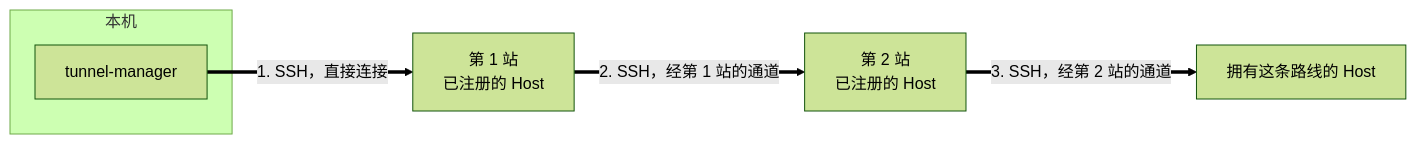
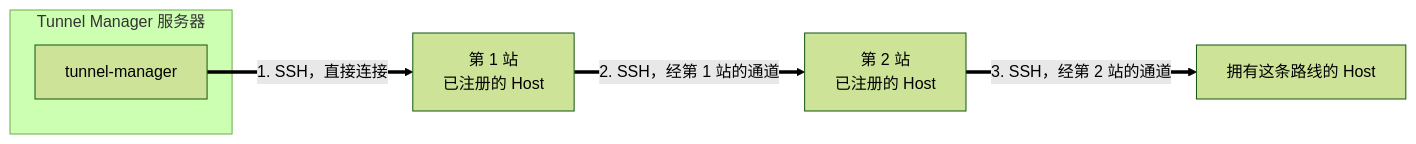
Before and after one commit to jollaman999/tunnel-manager: the fourth of 4 diagrams in docs/reference.zh.md, drawn with Mermaid (forest theme). The commit also changed other lines of this file and 7 other files, not shown here.

Commit message:
docs: Call it the Tunnel Manager server and a jump host

````diff
--- a/docs/reference.zh.md
+++ b/docs/reference.zh.md
@@ -519,13 +519,13 @@
 ```mermaid
 flowchart LR
-    subgraph here [本机]
+    subgraph here [Tunnel Manager 服务器]
         tm[tunnel-manager]
     end
     hop1[第 1 站<br/>已注册的 Host]
     hop2[第 2 站<br/>已注册的 Host]
     target[拥有这条路线的 Host]
 
     tm ==>|"1. SSH，直接连接"| hop1
     hop1 ==>|"2. SSH，经第 1 站的通道"| hop2
     hop2 ==>|"3. SSH，经第 2 站的通道"| target
 ```
````
